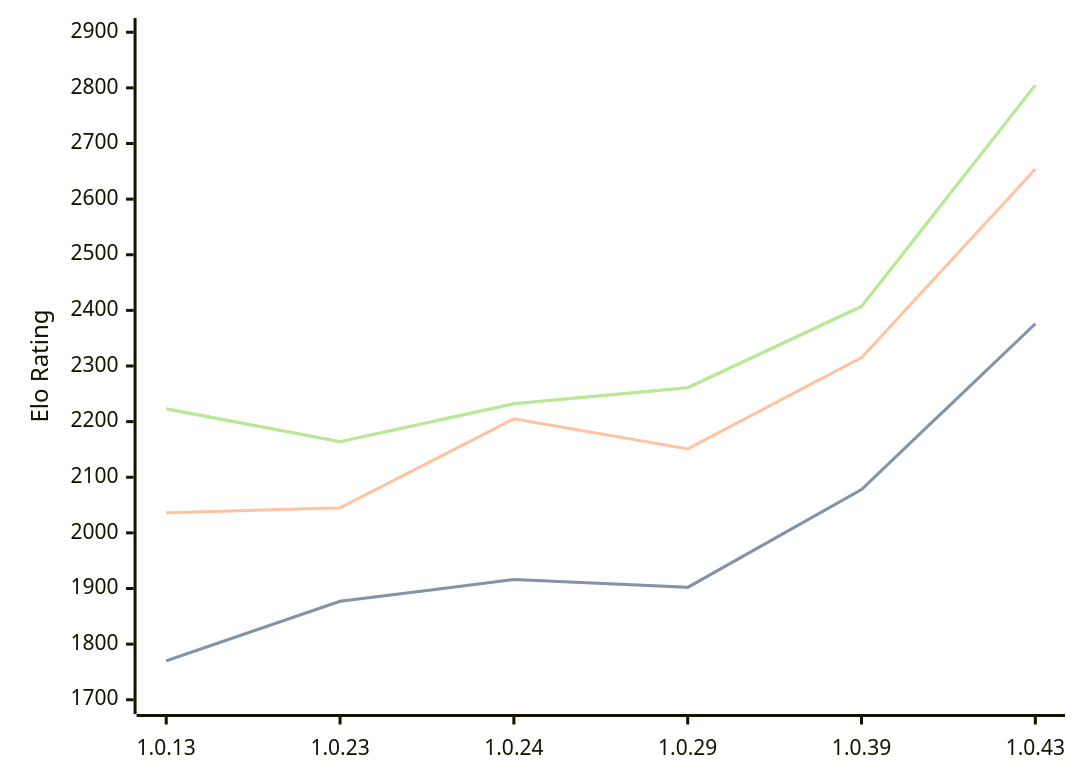
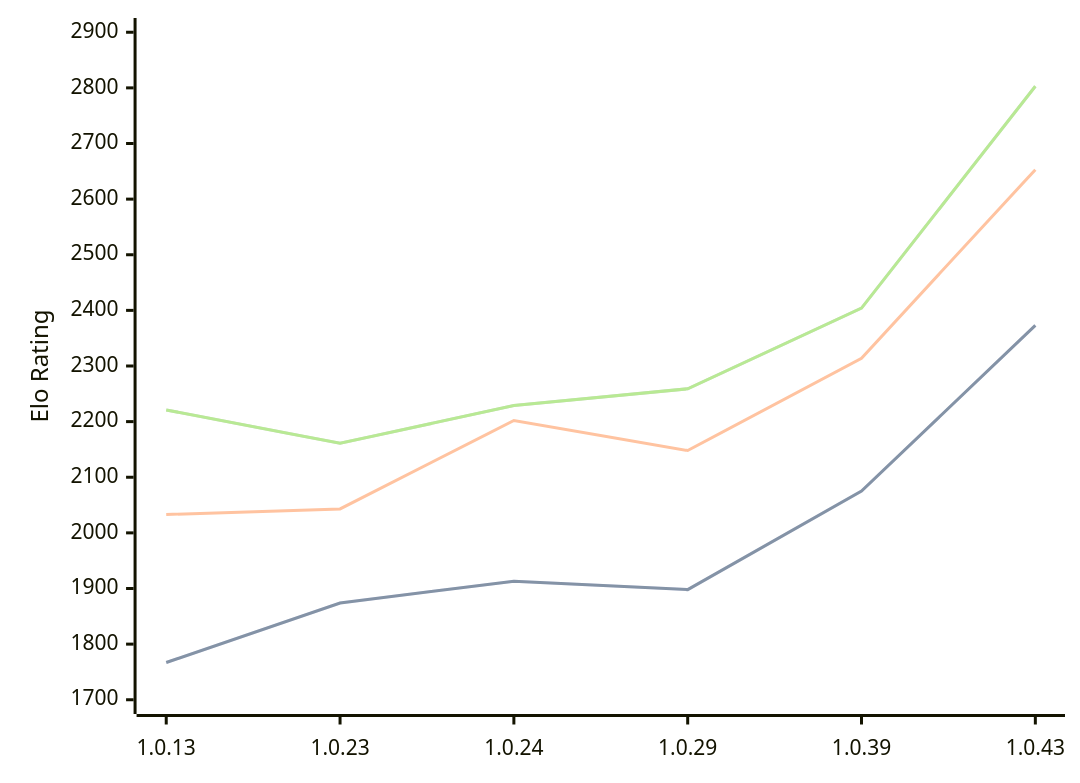
The diagram in engines/RustyRival.md (computer-chess-index/cci), drawn with Mermaid before and after one commit. The commit also changed other lines of this file, not shown here.

Commit message:
Update CCI Ratings (ELO VLTC) - 2026-06-08

````diff
--- a/engines/RustyRival.md
+++ b/engines/RustyRival.md
@@ -68,11 +68,11 @@
 ```mermaid
 %%{init: {"theme":"base","themeVariables":{"seriesColors:['#a3a3a3','#222221','#faa371']}}}%%
 xychart-beta
   x-axis ["1.0.13", "1.0.23", "1.0.24", "1.0.29", "1.0.39", "1.0.43"]
   y-axis "Elo Rating" 1700 --> 2900
-  line "STC (8.0+0.08s)" [1770, 1877, 1916, 1902, 2078, 2376]
-  line "STC (8.0+0.08s)" [1770, 1877, 1916, 1902, 2078, 2376]
-  line "LTC (60.0+0.60s)" [2036, 2045, 2205, 2151, 2315, 2654]
-  line "VLTC (2m24s+1.12s)" [2223, 2164, 2232, 2261, 2407, 2805]
-  line "VLTC (2m24s+1.12s)" [2223, 2164, 2232, 2261, 2407, 2805]
+  line "STC (8.0+0.08s)" [1767, 1874, 1913, 1898, 2075, 2373]
+  line "STC (8.0+0.08s)" [1767, 1874, 1913, 1898, 2075, 2373]
+  line "LTC (60.0+0.60s)" [2033, 2043, 2202, 2148, 2314, 2653]
+  line "VLTC (2m24s+1.12s)" [2221, 2161, 2229, 2259, 2404, 2803]
+  line "VLTC (2m24s+1.12s)" [2221, 2161, 2229, 2259, 2404, 2803]
 ```
````
